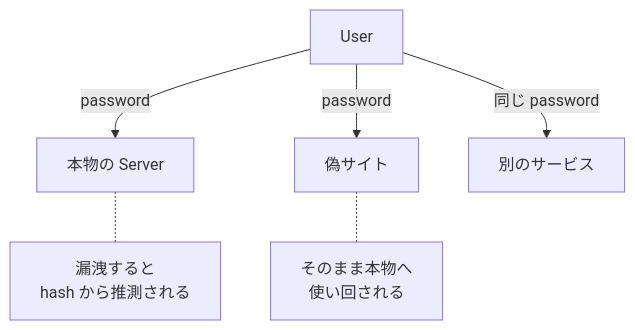
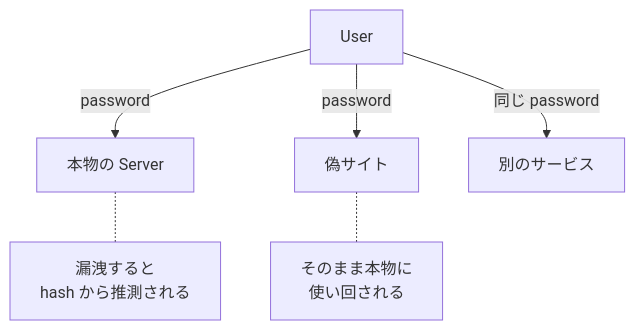
The second of 8 diagrams in content/notes/security/passkey/index.md (nao1215/debimate), drawn with Mermaid before and after one commit. The commit also changed other lines of this file and 46 other files, not shown here.

````diff
--- a/content/notes/security/passkey/index.md
+++ b/content/notes/security/passkey/index.md
@@ -46,8 +46,8 @@
 ```mermaid
 flowchart TB
     U["User"] -- "password" --> S["本物の Server"]
     U -- "password" --> F["偽サイト"]
     U -- "同じ password" --> O["別のサービス"]
     S -.- SN["漏洩すると<br/>hash から推測される"]
-    F -.- FN["そのまま本物へ<br/>使い回される"]
+    F -.- FN["そのまま本物に<br/>使い回される"]
 ```
````
